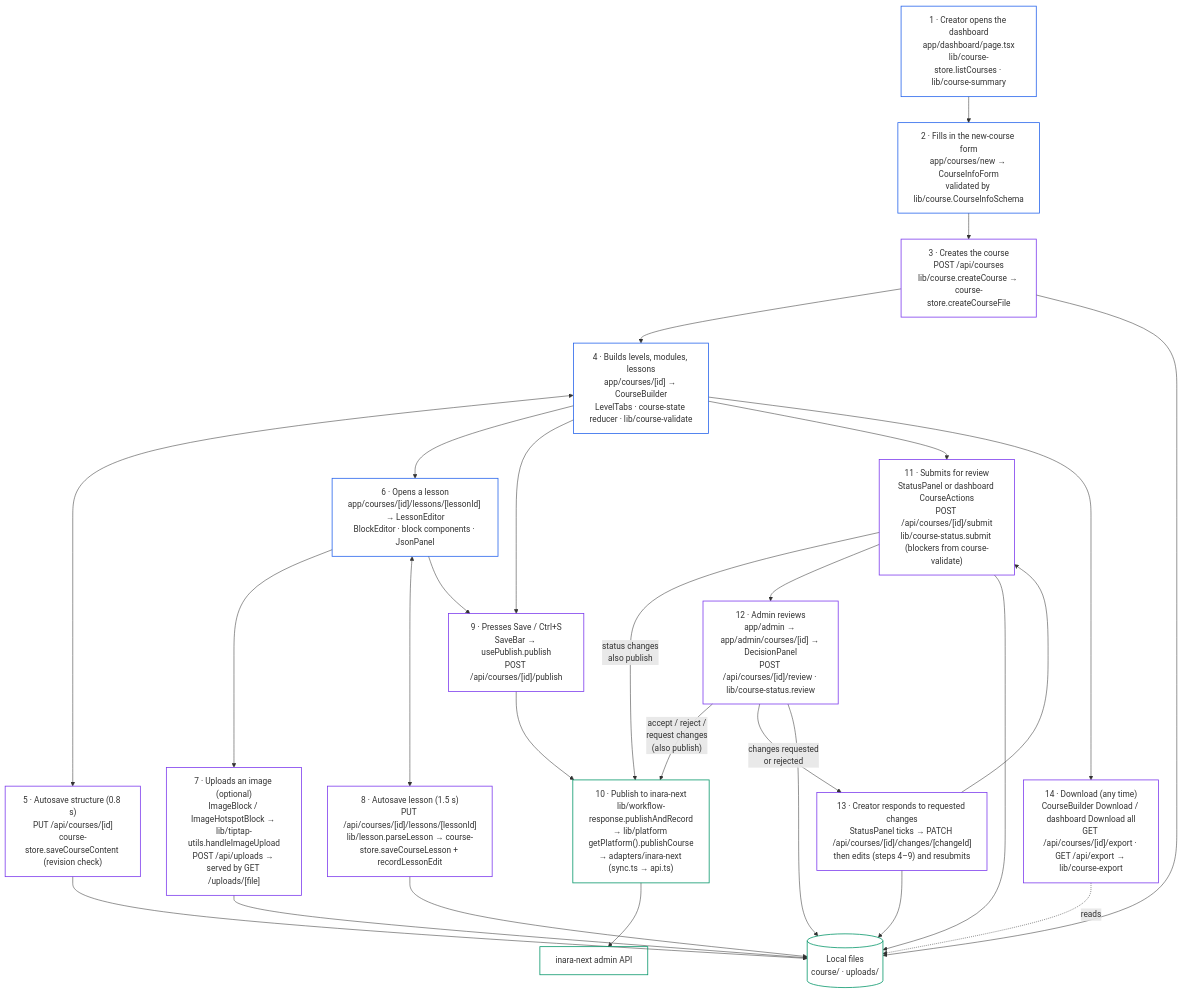
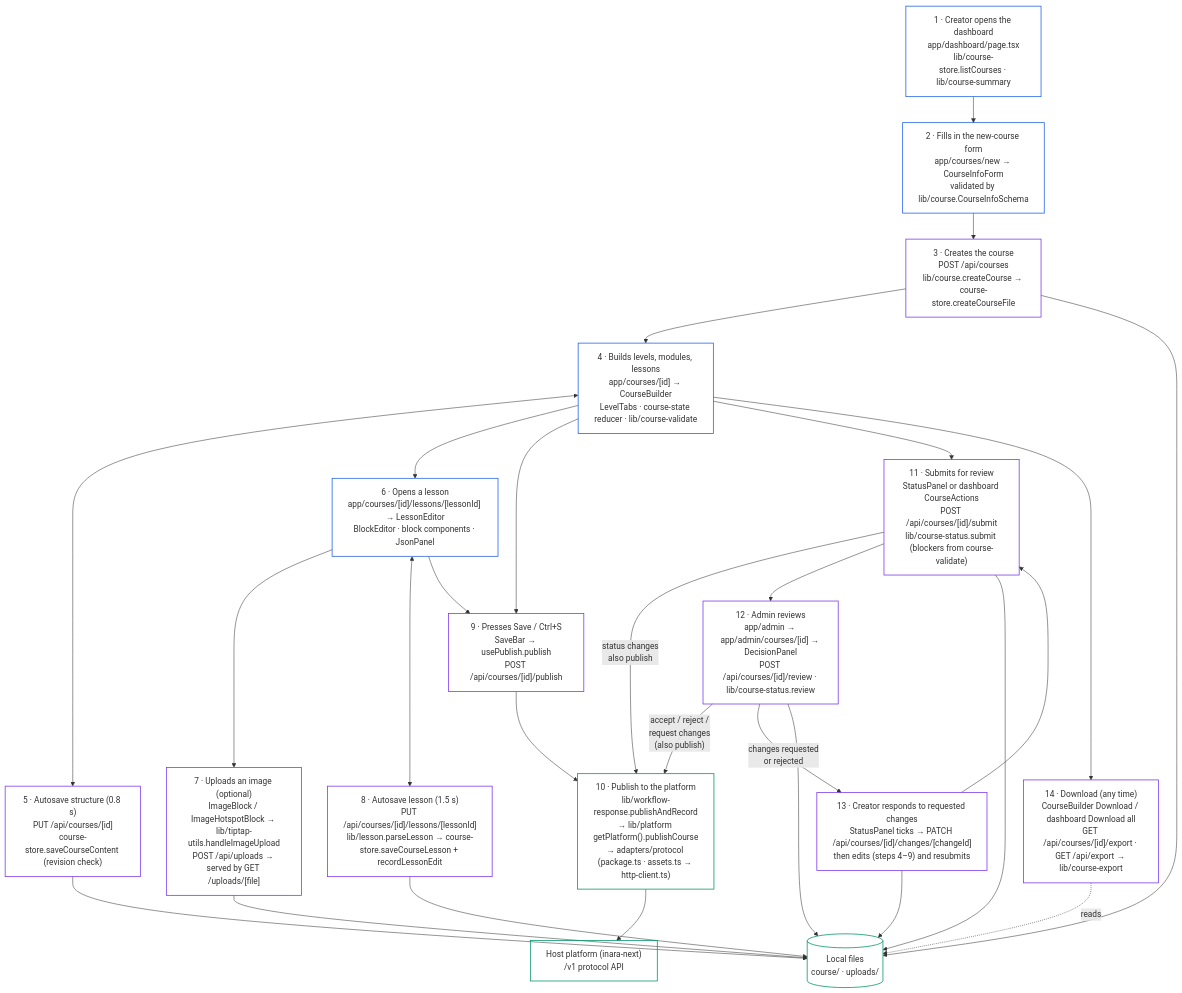
Before and after one commit to HafsaJavedPak/inarax-course-editor: the second of 7 diagrams in docs/ARCHITECTURE.md, drawn with Mermaid. The commit also changed other lines of this file and 54 other files, not shown here.

First line of the commit message:
Publish through the Course Publishing Protocol instead of inara-next's admin API

````diff
--- a/docs/ARCHITECTURE.md
+++ b/docs/ARCHITECTURE.md
@@ -61,50 +62,50 @@
 ```mermaid
 flowchart TD
     classDef ui fill:none,stroke:#2563eb,stroke-width:1.5px
     classDef api fill:none,stroke:#7c3aed,stroke-width:1.5px
     classDef store fill:none,stroke:#059669,stroke-width:1.5px
 
     S1["1 · Creator opens the dashboard<br/>app/dashboard/page.tsx<br/>lib/course-store.listCourses · lib/course-summary"]:::ui
     S2["2 · Fills in the new-course form<br/>app/courses/new → CourseInfoForm<br/>validated by lib/course.CourseInfoSchema"]:::ui
     S3["3 · Creates the course<br/>POST /api/courses<br/>lib/course.createCourse → course-store.createCourseFile"]:::api
     S4["4 · Builds levels, modules, lessons<br/>app/courses/[id] → CourseBuilder<br/>LevelTabs · course-state reducer · lib/course-validate"]:::ui
     S5["5 · Autosave structure (0.8 s)<br/>PUT /api/courses/[id]<br/>course-store.saveCourseContent (revision check)"]:::api
     S6["6 · Opens a lesson<br/>app/courses/[id]/lessons/[lessonId] → LessonEditor<br/>BlockEditor · block components · JsonPanel"]:::ui
     S7["7 · Uploads an image (optional)<br/>ImageBlock / ImageHotspotBlock → lib/tiptap-utils.handleImageUpload<br/>POST /api/uploads → served by GET /uploads/[file]"]:::api
     S8["8 · Autosave lesson (1.5 s)<br/>PUT /api/courses/[id]/lessons/[lessonId]<br/>lib/lesson.parseLesson → course-store.saveCourseLesson + recordLessonEdit"]:::api
     S9["9 · Presses Save / Ctrl+S<br/>SaveBar → usePublish.publish<br/>POST /api/courses/[id]/publish"]:::api
-    S10["10 · Publish to inara-next<br/>lib/workflow-response.publishAndRecord<br/>→ lib/platform getPlatform().publishCourse<br/>→ adapters/inara-next (sync.ts → api.ts)"]:::store
+    S10["10 · Publish to the platform<br/>lib/workflow-response.publishAndRecord<br/>→ lib/platform getPlatform().publishCourse<br/>→ adapters/protocol (package.ts · assets.ts → http-client.ts)"]:::store
     S11["11 · Submits for review<br/>StatusPanel or dashboard CourseActions<br/>POST /api/courses/[id]/submit<br/>lib/course-status.submit (blockers from course-validate)"]:::api
     S12["12 · Admin reviews<br/>app/admin → app/admin/courses/[id] → DecisionPanel<br/>POST /api/courses/[id]/review · lib/course-status.review"]:::api
     S13["13 · Creator responds to requested changes<br/>StatusPanel ticks → PATCH /api/courses/[id]/changes/[changeId]<br/>then edits (steps 4–9) and resubmits"]:::api
     S14["14 · Download (any time)<br/>CourseBuilder Download / dashboard Download all<br/>GET /api/courses/[id]/export · GET /api/export → lib/course-export"]:::api
 
     FS[("Local files<br/>course/ · uploads/")]:::store
-    DB["inara-next admin API"]:::store
+    DB["Host platform (inara-next)<br/>/v1 protocol API"]:::store
 
     S1 --> S2 --> S3 --> S4
     S4 <--> S5
     S4 --> S6
     S6 --> S7
     S6 <--> S8
     S6 --> S9
     S4 --> S9
     S9 --> S10
     S4 --> S11
     S11 -- "status changes<br/>also publish" --> S10
     S11 --> S12
     S12 -- "accept / reject /<br/>request changes<br/>(also publish)" --> S10
     S12 -- "changes requested<br/>or rejected" --> S13
     S13 --> S11
     S4 --> S14
 
     S3 --> FS
     S5 --> FS
     S7 --> FS
     S8 --> FS
     S11 --> FS
     S12 --> FS
     S13 --> FS
     S14 -. reads .-> FS
     S10 --> DB
 ```
````
